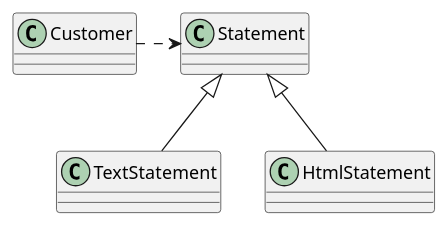
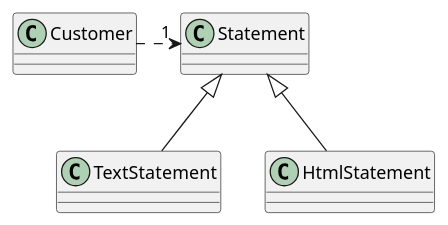
The third of 4 diagrams in src/main/java/refactoring/chapter11/section10/Form TemPlate Method.md (wuxiongbo/design_patterns), drawn with PlantUML before and after one commit. The commit also changed other lines of this file and 2 other files, not shown here.

Commit message:
格式调整

````diff
--- a/src/main/java/refactoring/chapter11/section10/Form TemPlate Method.md
+++ b/src/main/java/refactoring/chapter11/section10/Form TemPlate Method.md
@@ -136,10 +136,10 @@
 ```plantuml
 class Customer
 class Statement
 class TextStatement
 class HtmlStatement
 
-Customer .right.> Statement
+Customer .right.>"1" Statement
 TextStatement -up-|> Statement
 HtmlStatement -up-|> Statement
 ```
````
